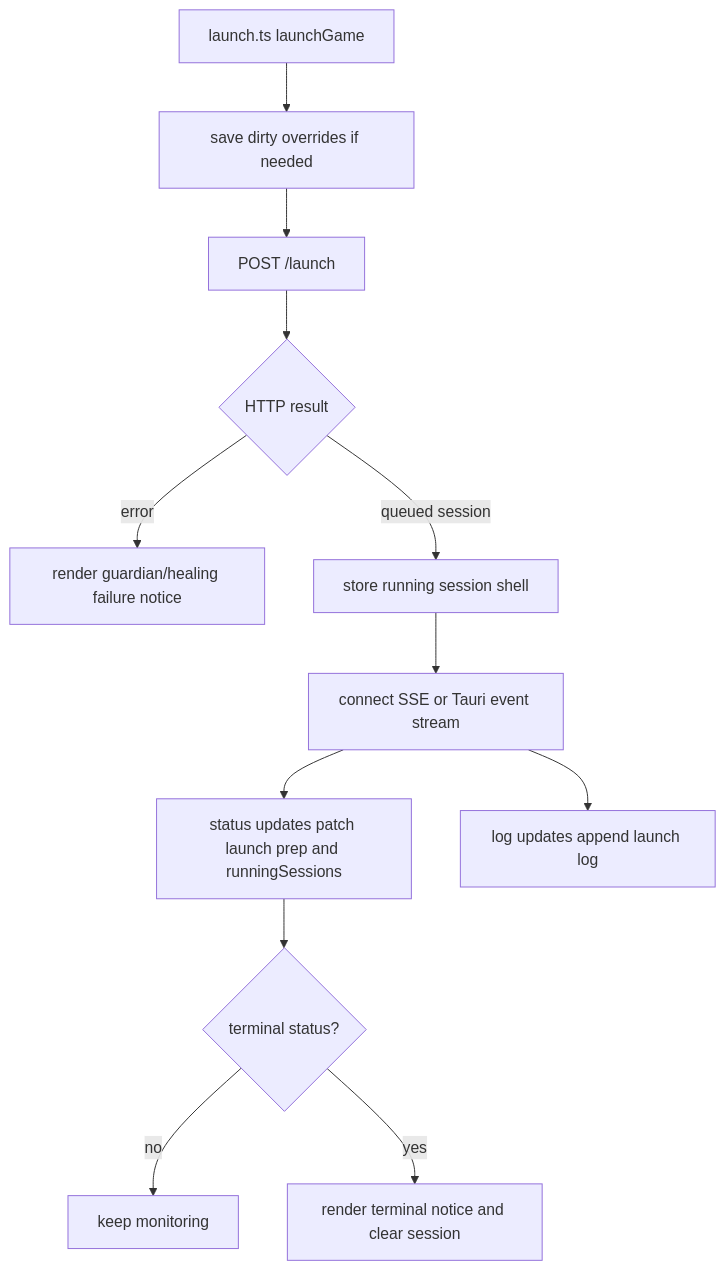
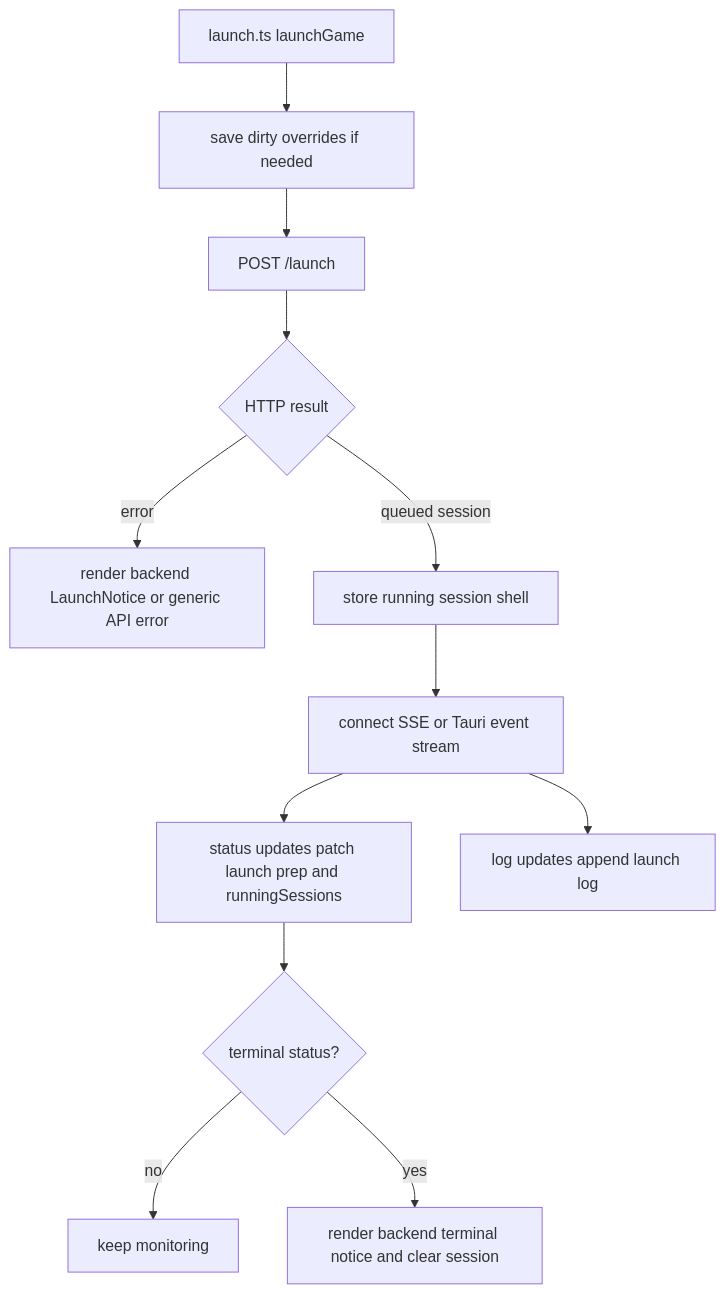
The fifth of 9 diagrams in docs/ARCHITECTURE.md (mateoltd/croopor), drawn with Mermaid before and after one commit. The commit also changed other lines of this file and 77 other files, not shown here.

````diff
--- a/docs/ARCHITECTURE.md
+++ b/docs/ARCHITECTURE.md
@@ -180,14 +203,14 @@
 ```mermaid
 flowchart TD
     A[launch.ts launchGame] --> B[save dirty overrides if needed]
     B --> C[POST /launch]
     C --> D{HTTP result}
-    D -->|error| E[render guardian/healing failure notice]
+    D -->|error| E[render backend LaunchNotice or generic API error]
     D -->|queued session| F[store running session shell]
     F --> G[connect SSE or Tauri event stream]
     G --> H[status updates patch launch prep and runningSessions]
     G --> I[log updates append launch log]
     H --> J{terminal status?}
     J -->|no| K[keep monitoring]
-    J -->|yes| L[render terminal notice and clear session]
+    J -->|yes| L[render backend terminal notice and clear session]
 ```
````
